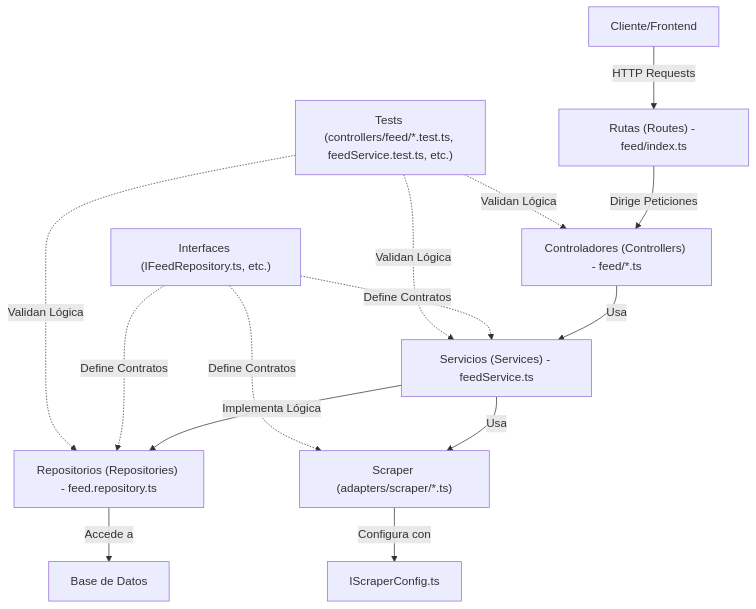
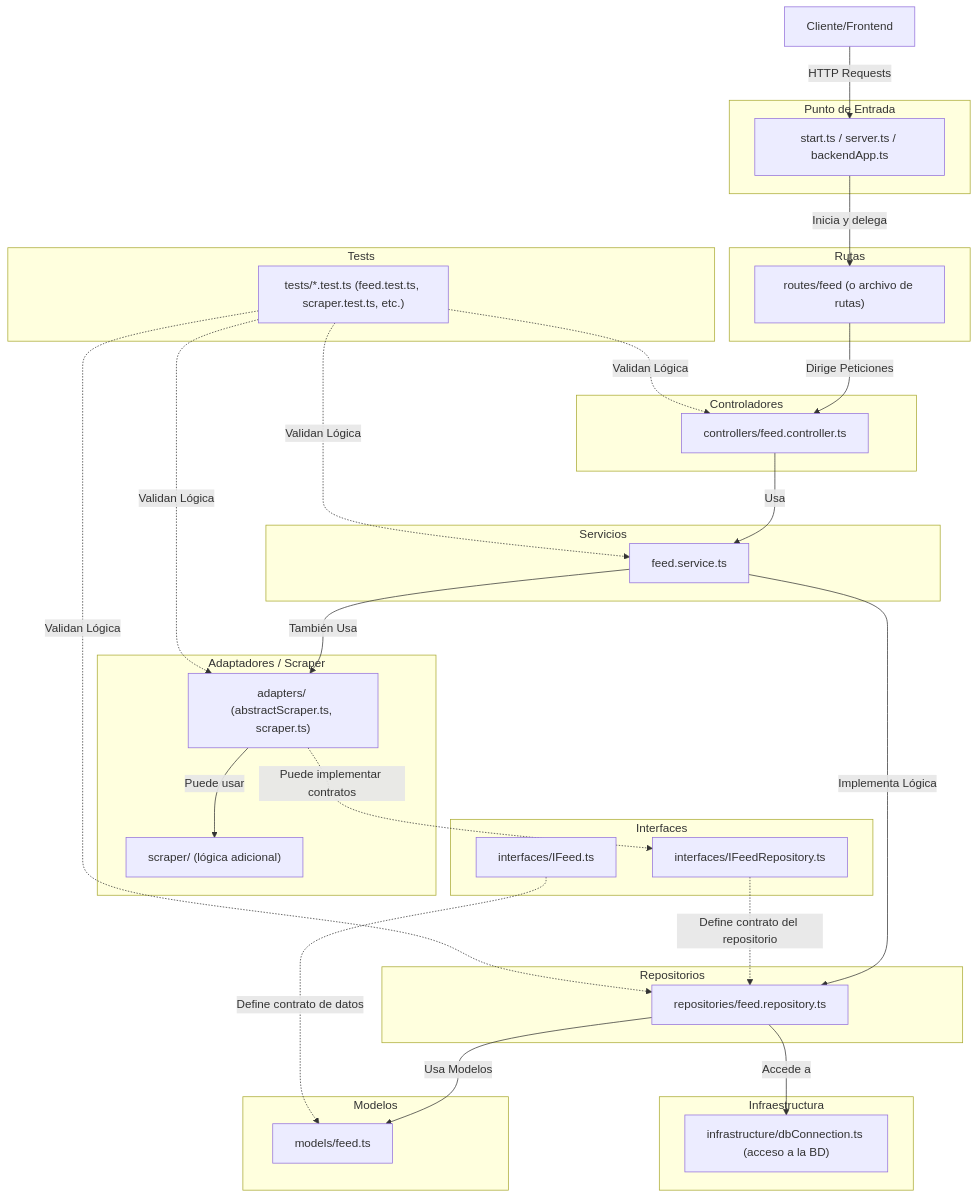
One commit to alexjoshuaboj/dailytrends-api changed the diagram in README.md. Above: the diagram before and after it, drawn with Mermaid.

````diff
--- a/README.md
+++ b/README.md
@@ -65,19 +65,69 @@
 ```mermaid
 graph TD;
-    A["Cliente/Frontend"] -->|HTTP Requests| B["Rutas (Routes) - feed/index.ts"]
-    B -->|Dirige Peticiones| C["Controladores (Controllers) - feed/*.ts"]
-    C -->|Usa| D["Servicios (Services) - feedService.ts"]
-    D -->|Implementa Lógica| E["Repositorios (Repositories) - feed.repository.ts"]
-    E -->|Accede a| F["Base de Datos"]
+    subgraph "Punto de Entrada"
+    S["start.ts / server.ts / backendApp.ts"]
+    end
 
-    D -->|Usa| G["Scraper (adapters/scraper/*.ts)"]
-    G -->|Configura con| H["IScraperConfig.ts"]
+    subgraph "Rutas"
+    B["routes/feed (o archivo de rutas)"]
+    end
 
-    I["Interfaces (IFeedRepository.ts, etc.)"] -.->|Define Contratos| D
-    I -.->|Define Contratos| E
-    I -.->|Define Contratos| G
+    subgraph "Controladores"
+    C["controllers/feed.controller.ts"]
+    end
 
-    J["Tests (controllers/feed/*.test.ts, feedService.test.ts, etc.)"] -.->|Validan Lógica| C
-    J -.->|Validan Lógica| D
-    J -.->|Validan Lógica| E
+    subgraph "Servicios"
+    D["feed.service.ts"]
+    end
+
+    subgraph "Repositorios"
+    E["repositories/feed.repository.ts"]
+    end
+
+    subgraph "Infraestructura"
+    F["infrastructure/dbConnection.ts (acceso a la BD)"]
+    end
+
+    subgraph "Modelos"
+    X["models/feed.ts"]
+    end
+
+    subgraph "Adaptadores / Scraper"
+    G["adapters/ (abstractScraper.ts, scraper.ts)"]
+    H["scraper/ (lógica adicional)"]
+    end
+
+    subgraph "Interfaces"
+    IFEED["interfaces/IFeed.ts"]
+    IFREP["interfaces/IFeedRepository.ts"]
+    end
+
+    subgraph "Tests"
+    T["tests/*.test.ts (feed.test.ts, scraper.test.ts, etc.)"]
+    end
+
+    %% Flujo principal
+    A["Cliente/Frontend"] -->|HTTP Requests| S
+    S -->|Inicia y delega| B
+    B -->|Dirige Peticiones| C
+    C -->|Usa| D
+    D -->|Implementa Lógica| E
+    E -->|Accede a| F
+    E -->|Usa Modelos| X
+
+    %% Scraper
+    D -->|También Usa| G
+    G -->|Puede usar| H
+
+    %% Interfaces
+    IFEED -.->|Define contrato de datos| X
+    IFREP -.->|Define contrato del repositorio| E
+    G -.->|Puede implementar contratos| IFREP
+
+    %% Tests
+    T -.->|Validan Lógica| C
+    T -.->|Validan Lógica| D
+    T -.->|Validan Lógica| E
+    T -.->|Validan Lógica| G
+
 ```
````
